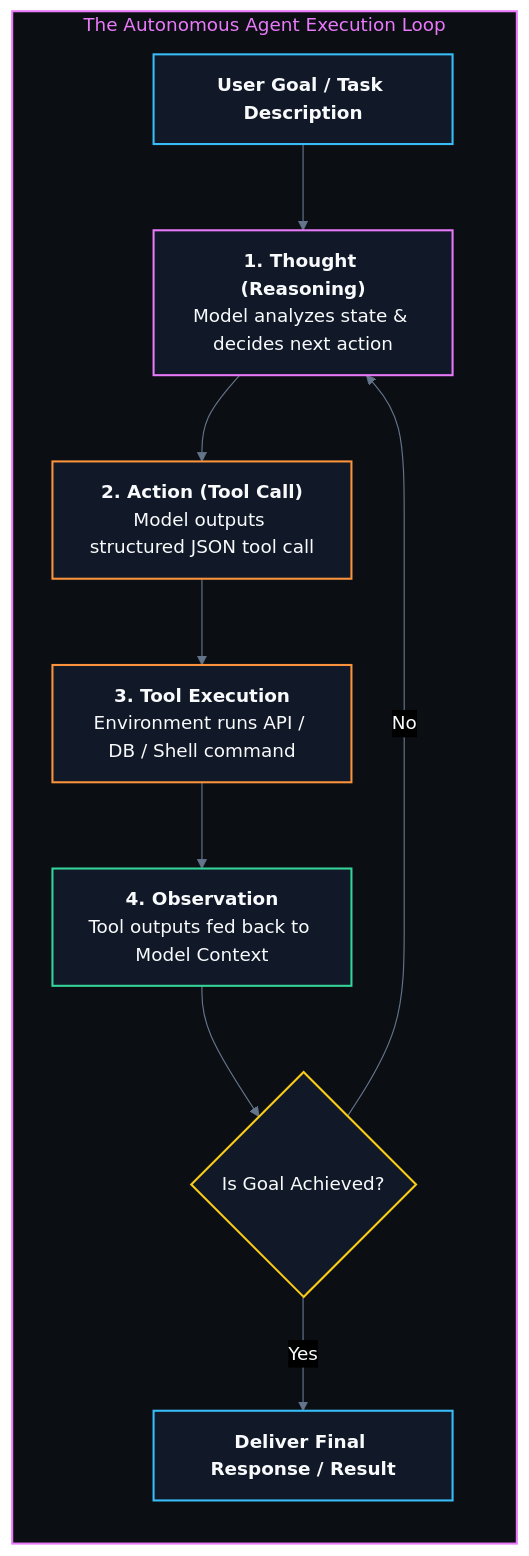
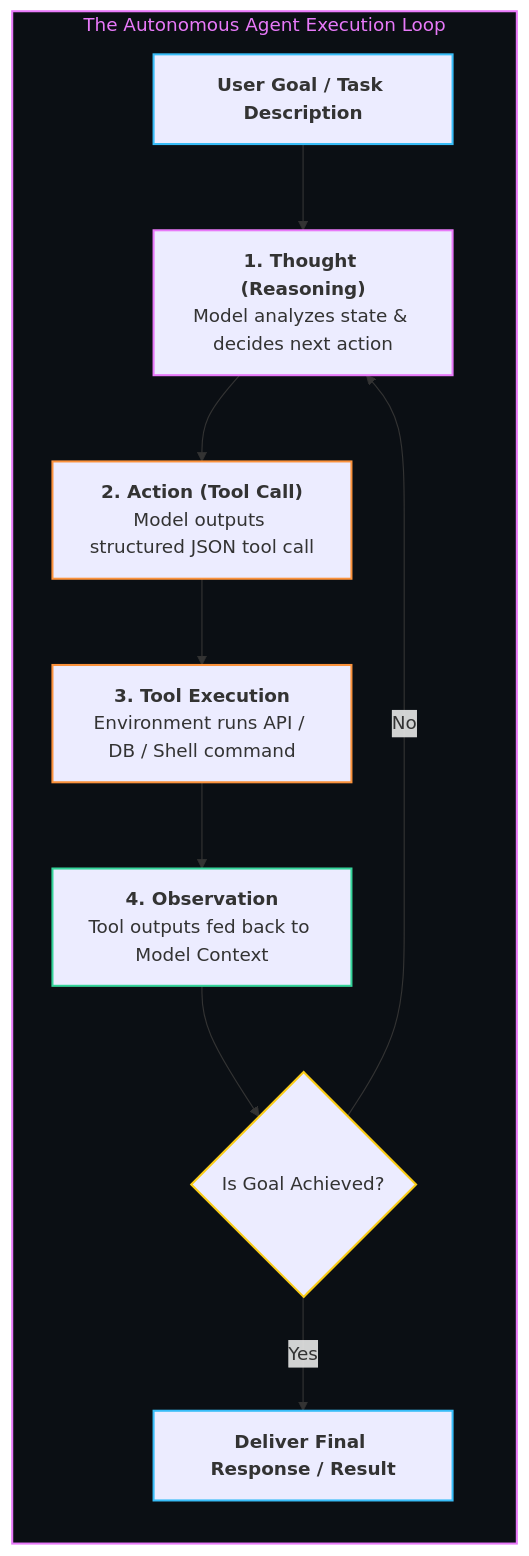
The diagram in BrainOS/08 - LLM & GenAI/AI Agents.md (abhinavbharti2345/CS_Notes), drawn with Mermaid before and after one commit. The commit also changed 91 other files, not shown here.

````diff
--- a/BrainOS/08 - LLM & GenAI/AI Agents.md
+++ b/BrainOS/08 - LLM & GenAI/AI Agents.md
@@ -22,28 +22,27 @@
 ```mermaid
-%%{init: {'theme': 'base', 'themeVariables': { 'darkMode': true, 'background': '#0B0F14', 'mainBkg': '#111827', 'primaryColor': '#111827', 'primaryTextColor': '#F8FAFC', 'primaryBorderColor': '#38BDF8', 'lineColor': '#64748B', 'secondaryColor': '#0B0F14', 'tertiaryColor': '#0B0F14', 'clusterBkg': '#0B0F14', 'clusterBorder': '#38BDF8' }}}%%
 flowchart TD
     subgraph REACT_CYCLE ["The Autonomous Agent Execution Loop"]
         direction TB
         GOAL["<b>User Goal / Task Description</b>"] --> THOUGHT["<b>1. Thought (Reasoning)</b><br/>Model analyzes state & decides next action"]
         THOUGHT --> ACTION["<b>2. Action (Tool Call)</b><br/>Model outputs structured JSON tool call"]
         ACTION --> EXEC["<b>3. Tool Execution</b><br/>Environment runs API / DB / Shell command"]
         EXEC --> OBSERVE["<b>4. Observation</b><br/>Tool outputs fed back to Model Context"]
         OBSERVE --> CHECK{"Is Goal Achieved?"}
         CHECK -- No --> THOUGHT
         CHECK -- Yes --> FINAL["<b>Deliver Final Response / Result</b>"]
     end
 
     style REACT_CYCLE fill:#0B0F14,stroke:#E879F9,stroke-width:1.8px,color:#E879F9
 
-    classDef ioNode fill:#111827,stroke:#38BDF8,stroke-width:1.8px,color:#F8FAFC;
-    classDef thoughtNode fill:#111827,stroke:#E879F9,stroke-width:1.8px,color:#F8FAFC;
-    classDef toolNode fill:#111827,stroke:#FB923C,stroke-width:1.8px,color:#F8FAFC;
-    classDef obsNode fill:#111827,stroke:#34D399,stroke-width:1.8px,color:#F8FAFC;
-    classDef checkNode fill:#111827,stroke:#FACC15,stroke-width:1.8px,color:#F8FAFC;
+    classDef ioNode stroke:#38BDF8,stroke-width:1.8px;
+    classDef thoughtNode stroke:#E879F9,stroke-width:1.8px;
+    classDef toolNode stroke:#FB923C,stroke-width:1.8px;
+    classDef obsNode stroke:#34D399,stroke-width:1.8px;
+    classDef checkNode stroke:#FACC15,stroke-width:1.8px;
 
     class GOAL,FINAL ioNode;
     class THOUGHT thoughtNode;
     class ACTION,EXEC toolNode;
     class OBSERVE obsNode;
     class CHECK checkNode;
 ```
````
